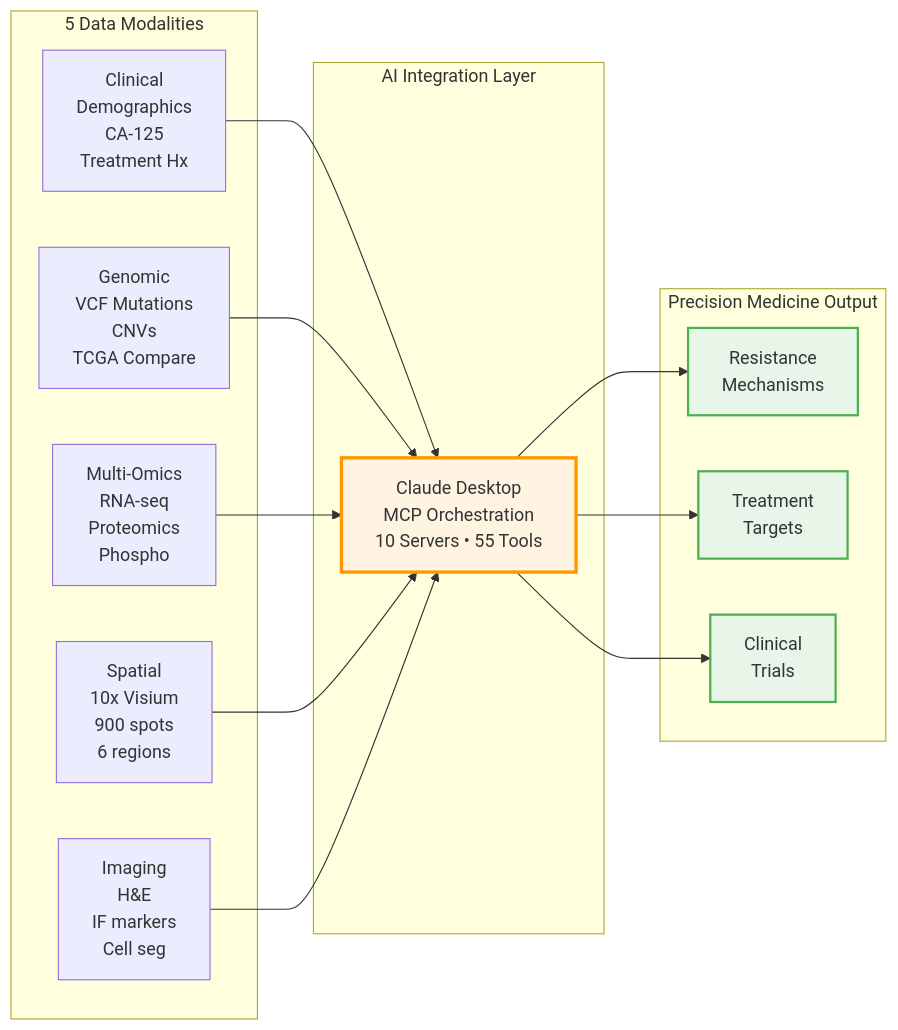
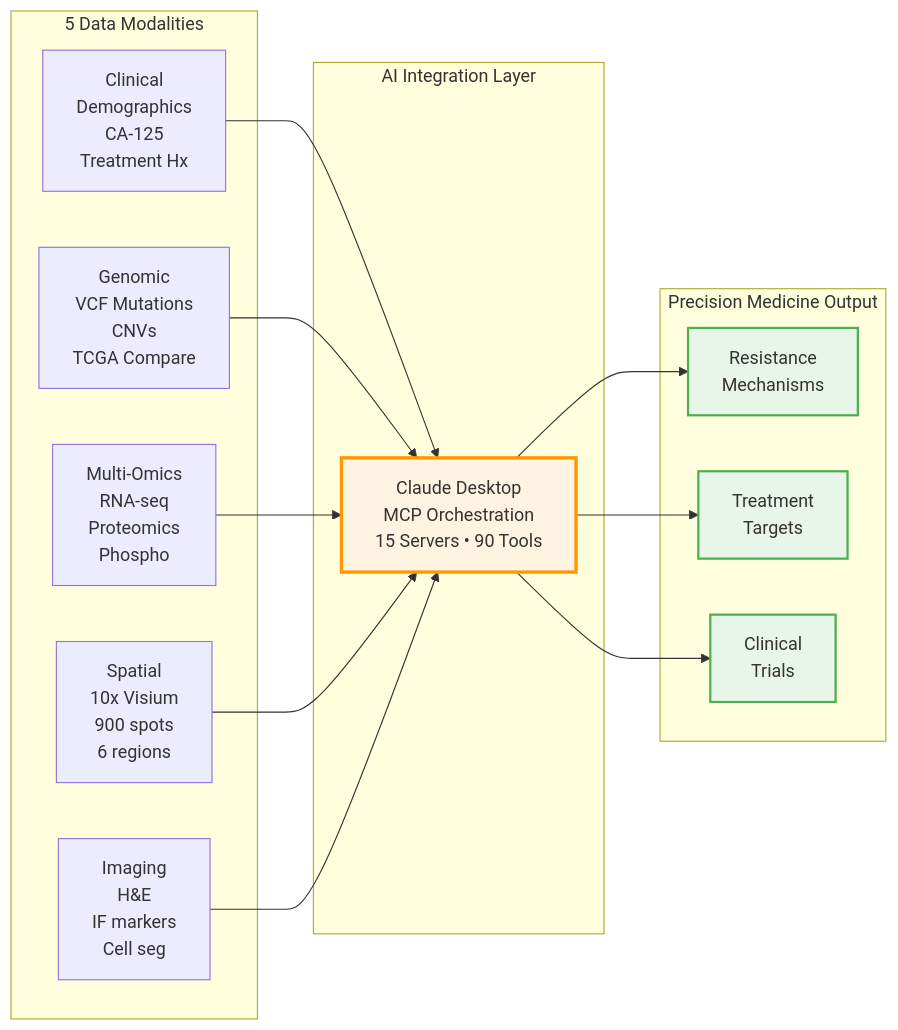
Before and after one commit to raymond301/precision-medicine-mcp: the diagram in docs/reference/test-docs/patient-one-scenario/architecture/overview.md, drawn with Mermaid. The commit also changed other lines of this file and 33 other files, not shown here.

````diff
--- a/docs/reference/test-docs/patient-one-scenario/architecture/overview.md
+++ b/docs/reference/test-docs/patient-one-scenario/architecture/overview.md
@@ -11,35 +11,35 @@
 ```mermaid
 flowchart LR
     subgraph Input["5 Data Modalities"]
         CLIN[Clinical<br/>Demographics<br/>CA-125<br/>Treatment Hx]
         GEN[Genomic<br/>VCF Mutations<br/>CNVs<br/>TCGA Compare]
         OMICS[Multi-Omics<br/>RNA-seq<br/>Proteomics<br/>Phospho]
         SPAT[Spatial<br/>10x Visium<br/>900 spots<br/>6 regions]
         IMG[Imaging<br/>H&E<br/>IF markers<br/>Cell seg]
     end
 
     subgraph Integration["AI Integration Layer"]
-        CLAUDE[Claude Desktop<br/>MCP Orchestration<br/>10 Servers • 55 Tools]
+        CLAUDE[Claude Desktop<br/>MCP Orchestration<br/>15 Servers • 90 Tools]
     end
 
     subgraph Output["Precision Medicine Output"]
         RES[Resistance<br/>Mechanisms]
         TARGETS[Treatment<br/>Targets]
         TRIALS[Clinical<br/>Trials]
     end
 
     CLIN --> CLAUDE
     GEN --> CLAUDE
     OMICS --> CLAUDE
     SPAT --> CLAUDE
     IMG --> CLAUDE
 
     CLAUDE --> RES
     CLAUDE --> TARGETS
     CLAUDE --> TRIALS
 
     style CLAUDE fill:#fff4e1,stroke:#ff9800,stroke-width:3px
     style RES fill:#e8f5e9,stroke:#4caf50,stroke-width:2px
     style TARGETS fill:#e8f5e9,stroke:#4caf50,stroke-width:2px
     style TRIALS fill:#e8f5e9,stroke:#4caf50,stroke-width:2px
 ```
````
